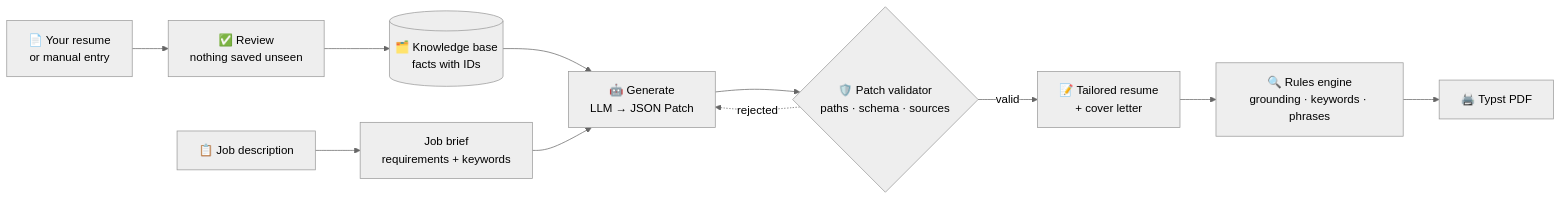
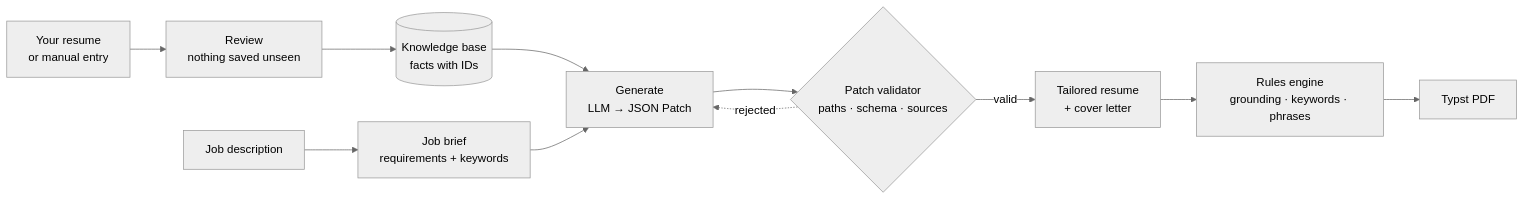
Before and after one commit to Suman196pokhrel/instant-resume: the diagram in README.md, drawn with Mermaid (neutral theme). The commit also changed other lines of this file and 9 other files, not shown here.

````diff
--- a/README.md
+++ b/README.md
@@ -38,13 +39,13 @@
 ```mermaid
 flowchart LR
-  A["📄 Your resume<br/>or manual entry"] --> B["✅ Review<br/>nothing saved unseen"]
-  B --> KB[("🗂️ Knowledge base<br/>facts with IDs")]
-  JD["📋 Job description"] --> BR["Job brief<br/>requirements + keywords"]
-  KB --> G["🤖 Generate<br/>LLM → JSON Patch"]
+  A["Your resume<br/>or manual entry"] --> B["Review<br/>nothing saved unseen"]
+  B --> KB[("Knowledge base<br/>facts with IDs")]
+  JD["Job description"] --> BR["Job brief<br/>requirements + keywords"]
+  KB --> G["Generate<br/>LLM → JSON Patch"]
   BR --> G
-  G --> V{"🛡️ Patch validator<br/>paths · schema · sources"}
-  V -->|valid| D["📝 Tailored resume<br/>+ cover letter"]
+  G --> V{"Patch validator<br/>paths · schema · sources"}
+  V -->|valid| D["Tailored resume<br/>+ cover letter"]
   V -.->|rejected| G
-  D --> C["🔍 Rules engine<br/>grounding · keywords · phrases"]
-  C --> P["🖨️ Typst PDF"]
+  D --> C["Rules engine<br/>grounding · keywords · phrases"]
+  C --> P["Typst PDF"]
 ```
````
